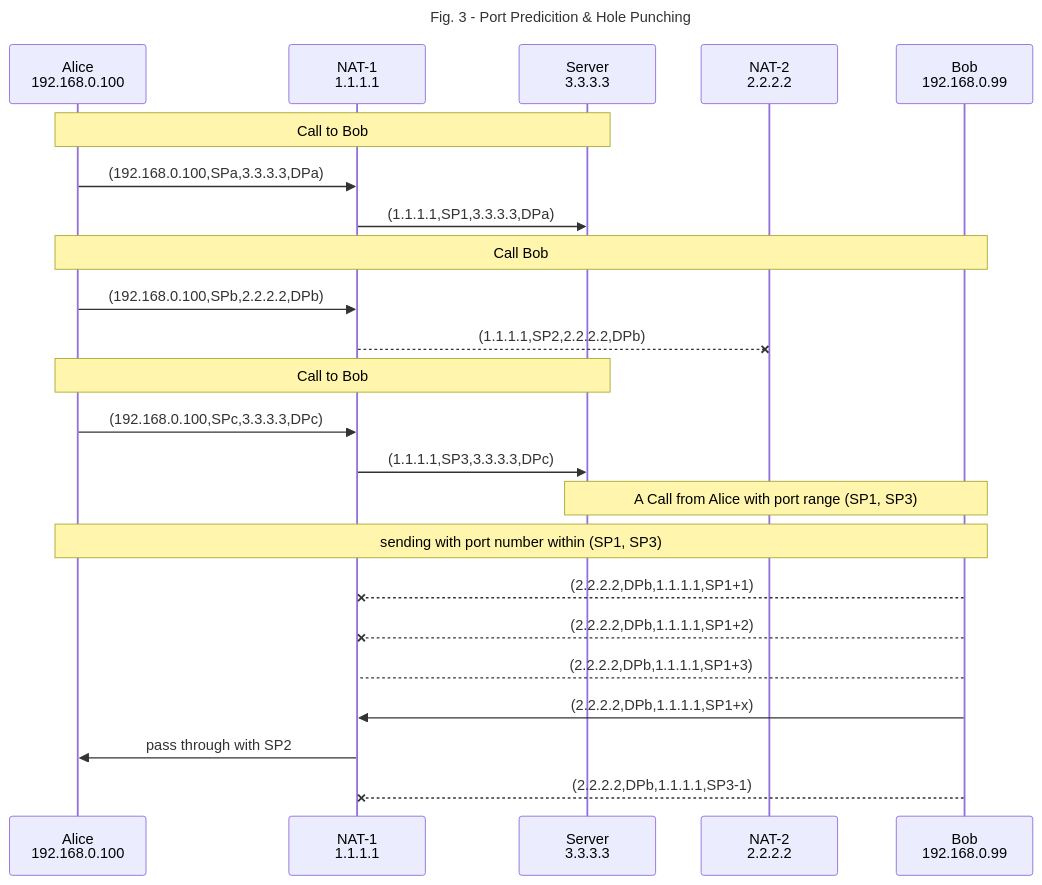
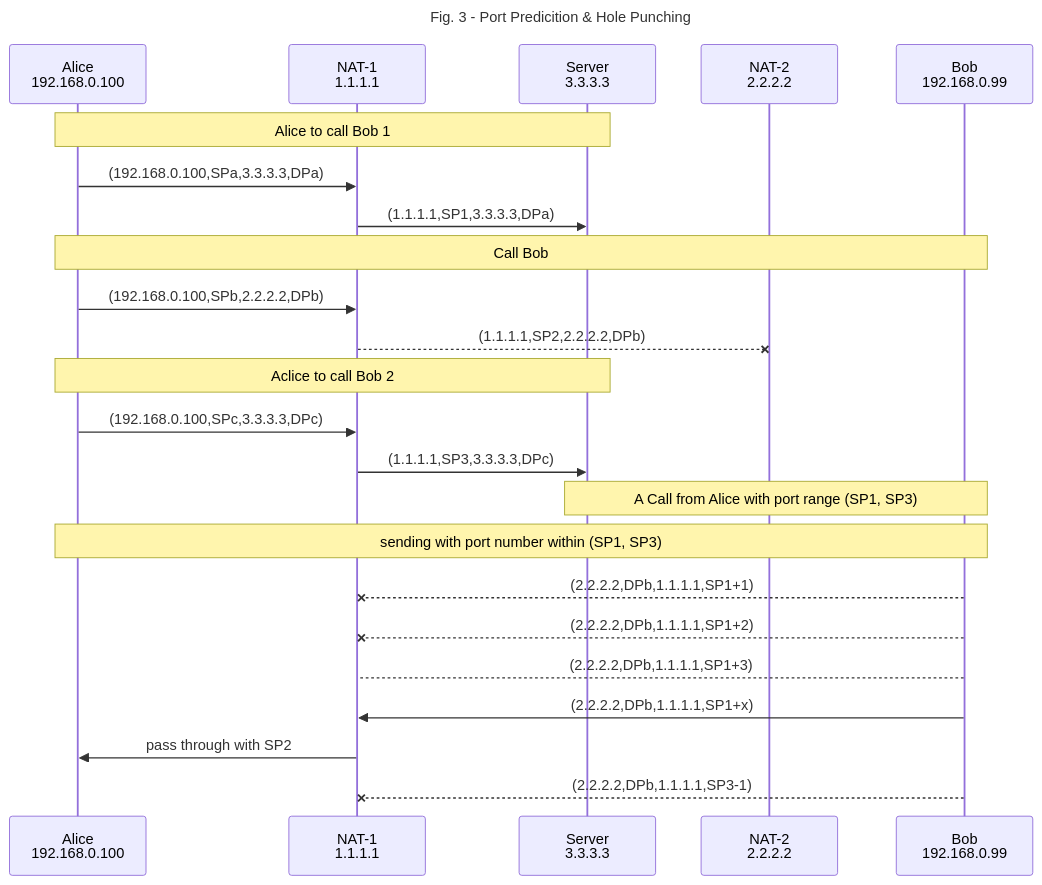
One commit to hiltonchiang/hiltonchiang.github.io changed the third of 3 diagrams in data/blog/voip.mdx. Above: the diagram before and after it, drawn with Mermaid. The commit also changed other lines of this file and 3 other files, not shown here.

````diff
--- a/data/blog/voip.mdx
+++ b/data/blog/voip.mdx
@@ -77,27 +79,27 @@
 ```mermaid
 
 sequenceDiagram
     title Fig. 3 - Port Predicition & Hole Punching
     participant A as Alice <br/> 192.168.0.100
     participant B as NAT-1 <br/> 1.1.1.1
     participant E as Server <br/> 3.3.3.3
     participant C as NAT-2 <br/> 2.2.2.2
     participant D as Bob <br/> 192.168.0.99
-    Note over A, E:Call to Bob#1 
+    Note over A, E:Alice to call Bob 1 
     A->>B: (192.168.0.100,SPa,3.3.3.3,DPa)
     B->>E: (1.1.1.1,SP1,3.3.3.3,DPa)
     Note over A,D: Call Bob
     A->>B: (192.168.0.100,SPb,2.2.2.2,DPb)
     B--xC: (1.1.1.1,SP2,2.2.2.2,DPb)
-    Note over A, E: Call to Bob#2
+    Note over A, E: Aclice to call Bob 2  
     A->>B: (192.168.0.100,SPc,3.3.3.3,DPc)
     B->>E: (1.1.1.1,SP3,3.3.3.3,DPc)
     Note over D, E: A Call from Alice with port range (SP1, SP3)
     Note over A, D: sending with port number within (SP1, SP3)
     D--xB: (2.2.2.2,DPb,1.1.1.1,SP1+1)
     D--xB: (2.2.2.2,DPb,1.1.1.1,SP1+2)
     D-->B: (2.2.2.2,DPb,1.1.1.1,SP1+3)
     D->>B: (2.2.2.2,DPb,1.1.1.1,SP1+x)
     B->>A: pass through with SP2
     D--xB: (2.2.2.2,DPb,1.1.1.1,SP3-1)
 ```
````
